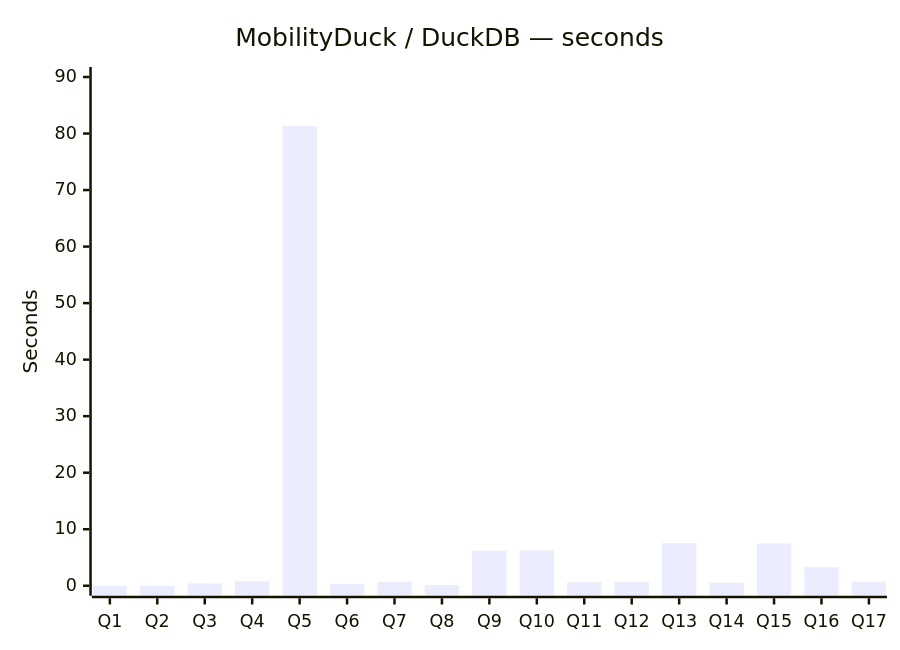
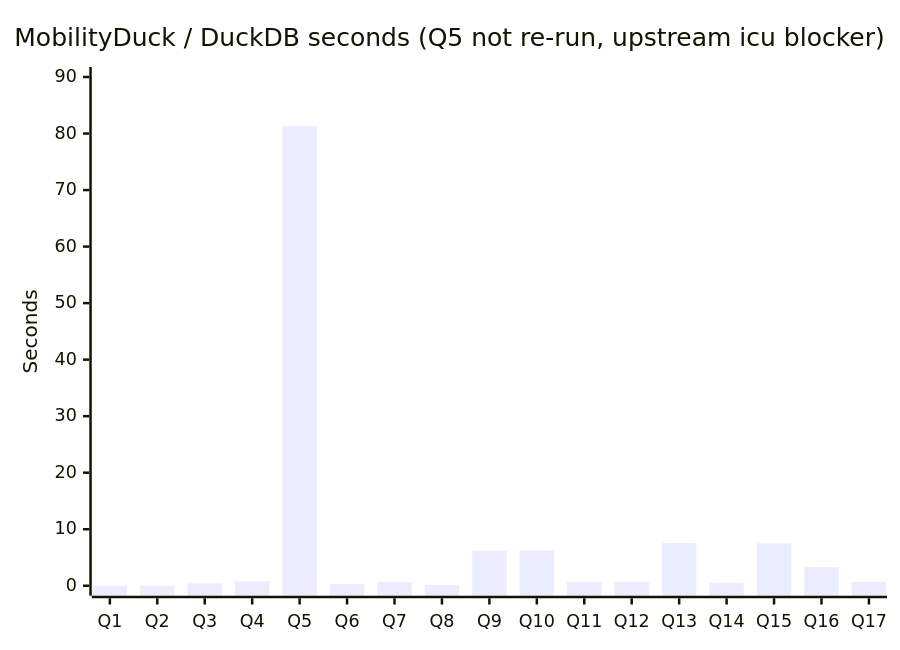
Before and after one commit to MobilityDB/MobilityDB-BerlinMOD: the second of 2 diagrams in BerlinMOD/benchmarks/CrossPlatform_timings_2026-05-11.md, drawn with Mermaid. The commit also changed other lines of this file and 5 other files, not shown here.

````diff
--- a/BerlinMOD/benchmarks/CrossPlatform_timings_2026-05-11.md
+++ b/BerlinMOD/benchmarks/CrossPlatform_timings_2026-05-11.md
@@ -36,7 +60,7 @@
 ```mermaid
 xychart-beta
-    title "MobilityDuck / DuckDB — seconds"
+    title "MobilityDuck / DuckDB seconds (Q5 not re-run, upstream icu blocker)"
     x-axis ["Q1","Q2","Q3","Q4","Q5","Q6","Q7","Q8","Q9","Q10","Q11","Q12","Q13","Q14","Q15","Q16","Q17"]
     y-axis "Seconds" 0 --> 90
     bar [0.01, 0.00, 0.41, 0.79, 81.34, 0.31, 0.68, 0.14, 6.19, 6.24, 0.62, 0.65, 7.54, 0.54, 7.49, 3.28, 0.70]
 ```
````
